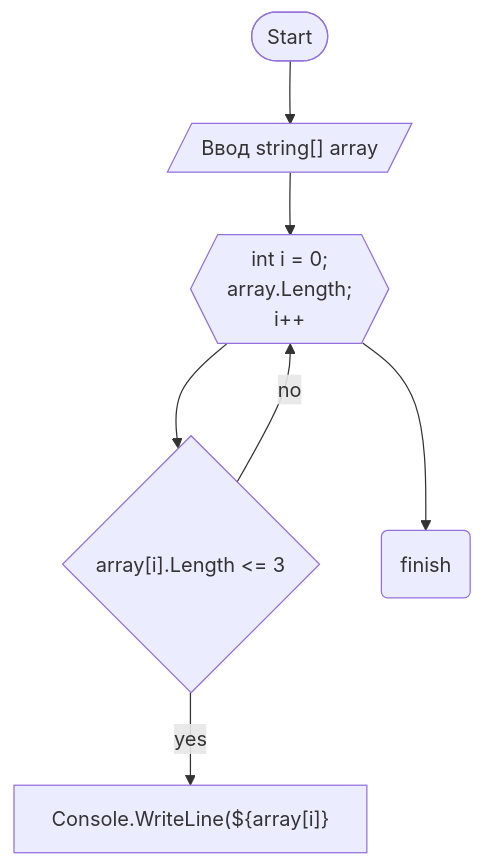
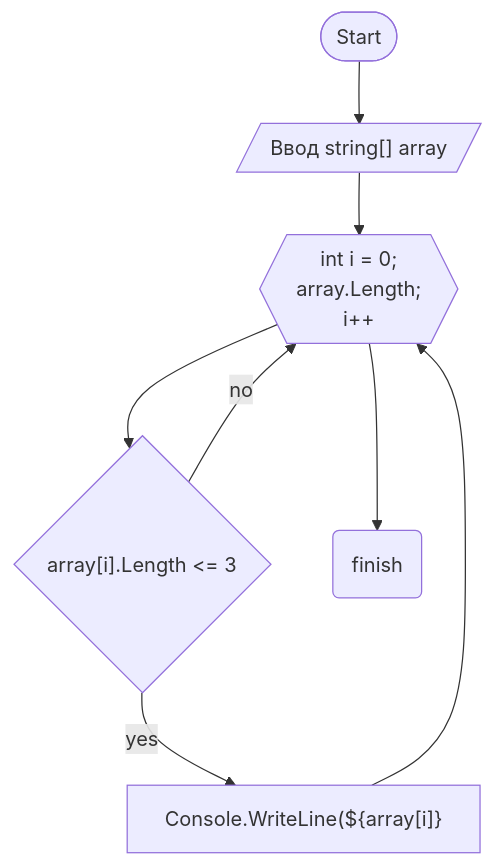
The diagram in README.md (aldaniyazov/final_homework), drawn with Mermaid before and after one commit.

Commit message:
The teacher asked to add an arrow to the flowchart

````diff
--- a/README.md
+++ b/README.md
@@ -11,9 +11,10 @@
 ```mermaid
 flowchart TD
     1([Start]) --> 2[/"Ввод string[] array"/]
 	2 --> 3{{"int i = 0;</br>array.Length;</br>i++"}}
 	3 --> 4{"array[i].Length <= 3"}
 	4 --> |yes| 5["Console.WriteLine(${array[i]}"]
 	4 --> |no| 3
 	3 --> 6("finish")
+	5 --> 3
 ```
````
